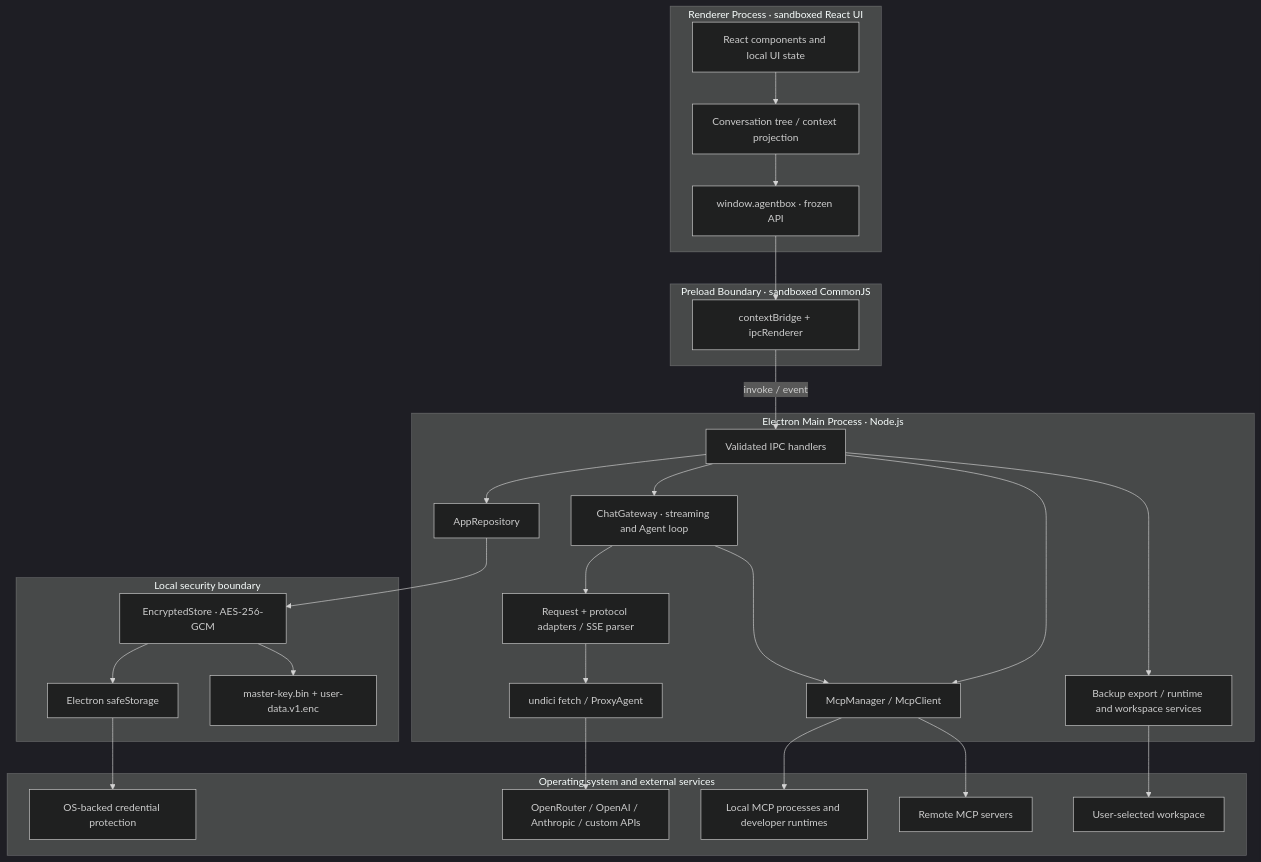
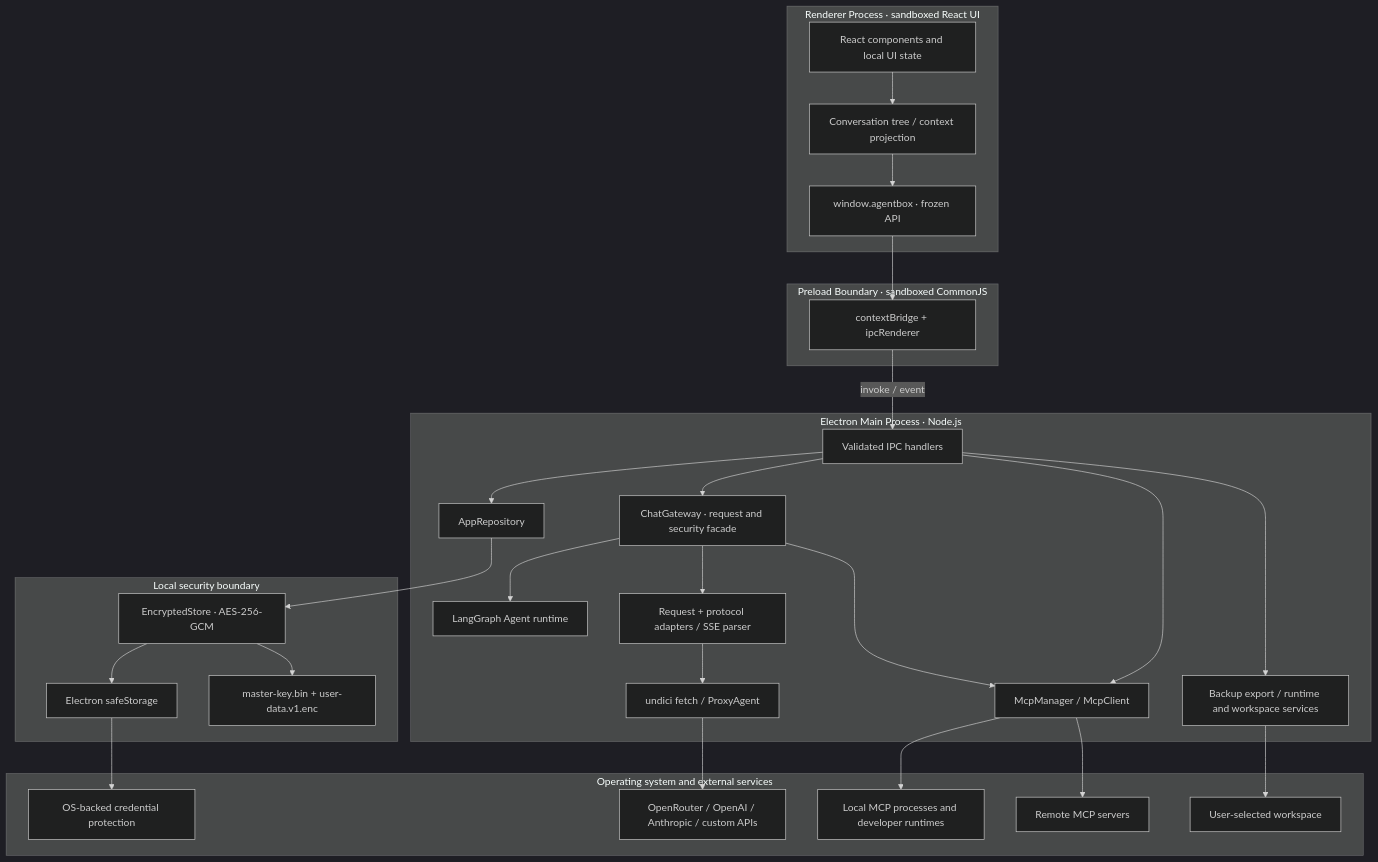
The diagram in docs/architecture.md (ac-1e9plus7/agent-box), drawn with Mermaid (dark theme) before and after one commit. The commit also changed other lines of this file and 16 other files, not shown here.

Commit message:
feat: Document LangGraph Agent runtime refactor

````diff
--- a/docs/architecture.md
+++ b/docs/architecture.md
@@ -11,55 +11,57 @@
 ```mermaid
 graph TB
     subgraph Renderer["Renderer Process · sandboxed React UI"]
         UI["React components and local UI state"]
         Projection["Conversation tree / context projection"]
         PublicAPI["window.agentbox · frozen API"]
         UI --> Projection --> PublicAPI
     end
 
     subgraph Preload["Preload Boundary · sandboxed CommonJS"]
         Bridge["contextBridge + ipcRenderer"]
         PublicAPI --> Bridge
     end
 
     subgraph Main["Electron Main Process · Node.js"]
         IPC["Validated IPC handlers"]
-        Gateway["ChatGateway · streaming and Agent loop"]
+        Gateway["ChatGateway · request and security facade"]
+        AgentRuntime["LangGraph Agent runtime"]
         Repository["AppRepository"]
         MCP["McpManager / McpClient"]
         Backup["Backup export / runtime and workspace services"]
         Adapters["Request + protocol adapters / SSE parser"]
         Network["undici fetch / ProxyAgent"]
 
         Bridge -->|"invoke / event"| IPC
         IPC --> Gateway
+        Gateway --> AgentRuntime
         IPC --> Repository
         IPC --> MCP
         IPC --> Backup
         Gateway --> Adapters --> Network
         Gateway --> MCP
     end
 
     subgraph Storage["Local security boundary"]
         Store["EncryptedStore · AES-256-GCM"]
         SafeStorage["Electron safeStorage"]
         VaultFiles["master-key.bin + user-data.v1.enc"]
         Repository --> Store
         Store --> SafeStorage
         Store --> VaultFiles
     end
 
     subgraph External["Operating system and external services"]
         KeyStore["OS-backed credential protection"]
         Providers["OpenRouter / OpenAI / Anthropic / custom APIs"]
         LocalTools["Local MCP processes and developer runtimes"]
         RemoteMCP["Remote MCP servers"]
         Workspace["User-selected workspace"]
 
         SafeStorage --> KeyStore
         Network --> Providers
         MCP --> LocalTools
         MCP --> RemoteMCP
         Backup --> Workspace
     end
 ```
````
